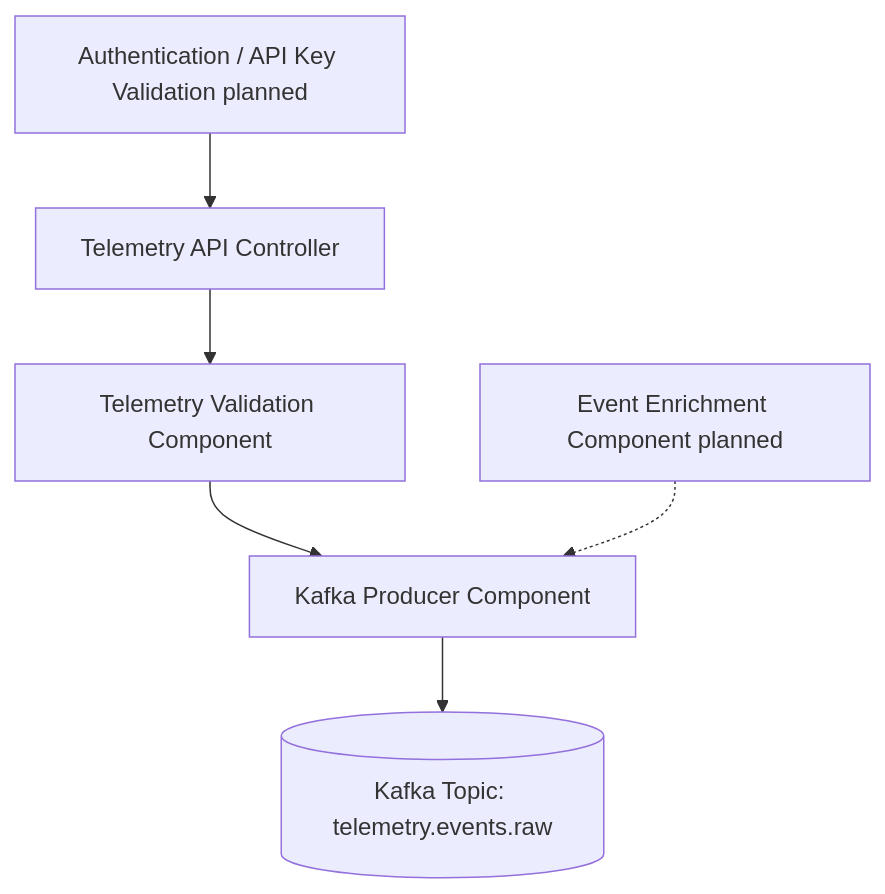
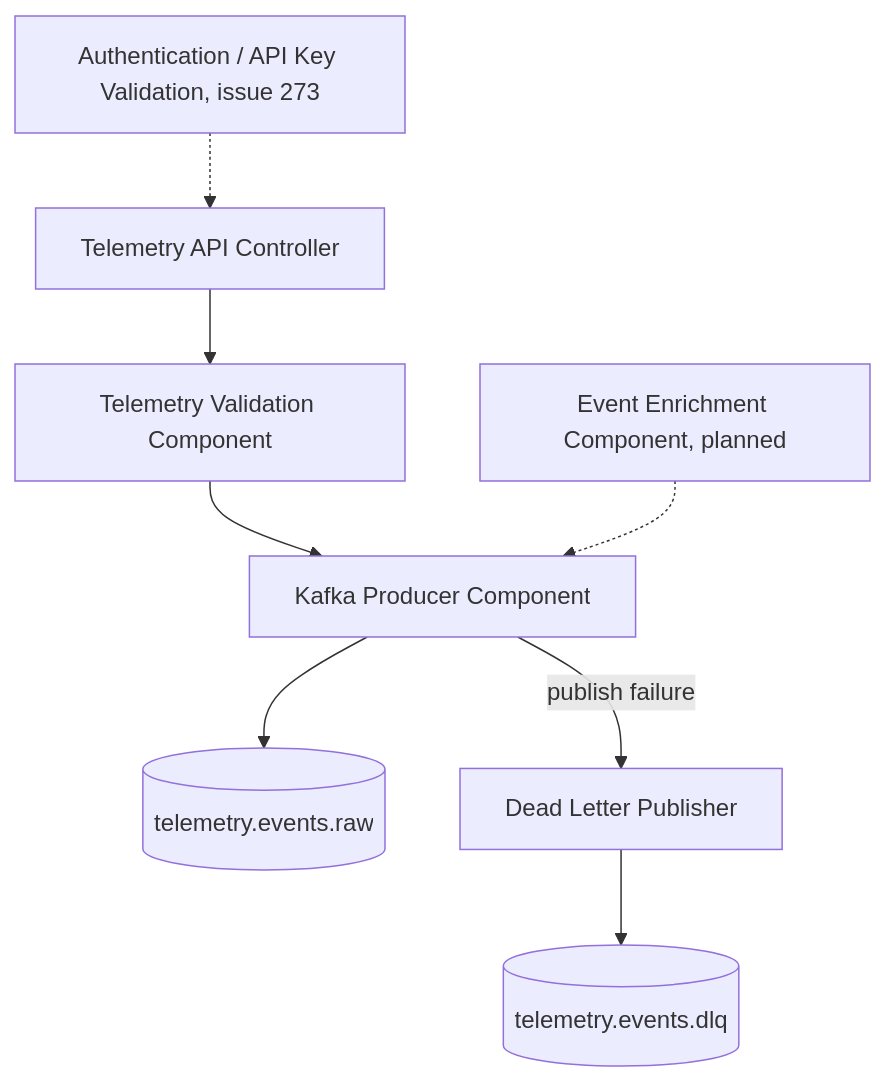
Before and after one commit to ME-Massine/pulsestream: the third of 4 diagrams in docs/architecture/c4-model.md, drawn with Mermaid. The commit also changed other lines of this file and 14 other files, not shown here.

First line of the commit message:
docs: synchronize project state, roadmap, and diagrams (#261)

````diff
--- a/docs/architecture/c4-model.md
+++ b/docs/architecture/c4-model.md
@@ -120,9 +123,11 @@
 ```mermaid
 flowchart TB
     A[Telemetry API Controller] --> B[Telemetry Validation Component]
     B --> D[Kafka Producer Component]
-    D --> E[(Kafka Topic: telemetry.events.raw)]
+    D --> E[(telemetry.events.raw)]
+    D -- publish failure --> G[Dead Letter Publisher]
+    G --> H[(telemetry.events.dlq)]
 
-    C[Event Enrichment Component planned] -.-> D
-    F[Authentication / API Key Validation planned] --> A
+    C[Event Enrichment Component, planned] -.-> D
+    F[Authentication / API Key Validation, issue 273] -.-> A
 ```
````
